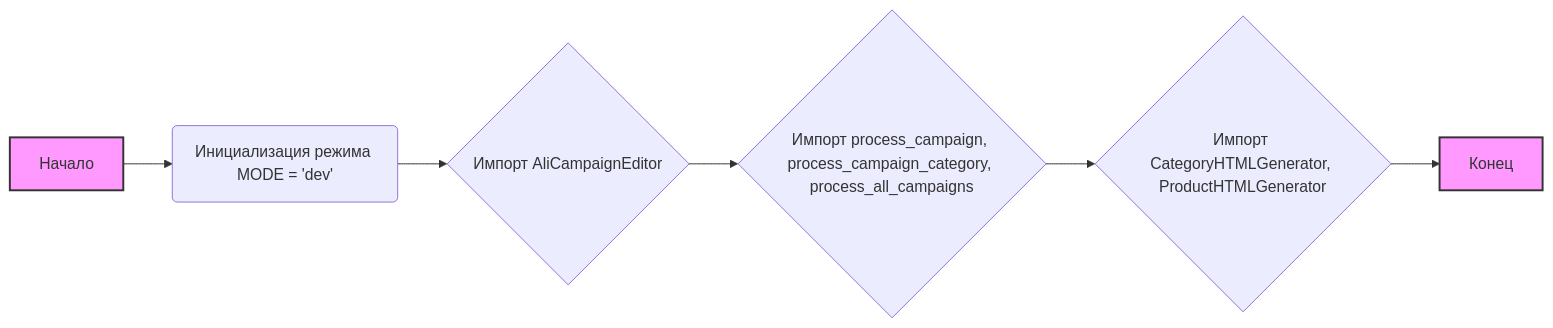
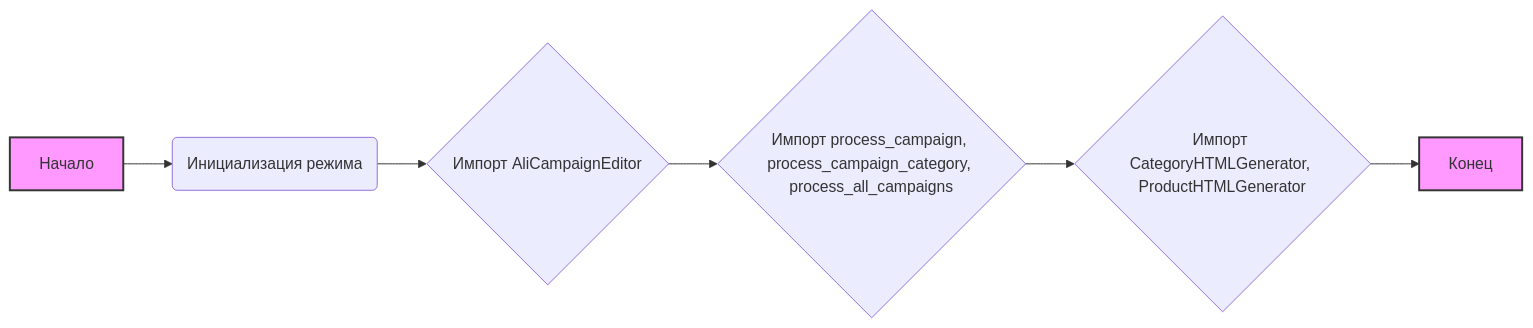
One commit to hypo69/hypo changed the first of 2 diagrams in docs/gemini/ru/explainer/src/suppliers/aliexpress/campaign/__init__.py.md. Above: the diagram before and after it, drawn with Mermaid. The commit also changed other lines of this file and 6031 other files, not shown here.

````diff
--- a/docs/gemini/ru/explainer/src/suppliers/aliexpress/campaign/__init__.py.md
+++ b/docs/gemini/ru/explainer/src/suppliers/aliexpress/campaign/__init__.py.md
@@ -7,11 +7,11 @@
 ```mermaid
 graph LR
-    A[Начало] --> B(Инициализация режима MODE = 'dev');
+    A[Начало] --> B(Инициализация режима );
     B --> C{Импорт AliCampaignEditor};
     C --> D{Импорт process_campaign, process_campaign_category, process_all_campaigns};
     D --> E{Импорт CategoryHTMLGenerator, ProductHTMLGenerator};
     E --> F[Конец];
     
     style A fill:#f9f,stroke:#333,stroke-width:2px
     style F fill:#f9f,stroke:#333,stroke-width:2px
 ```
````
